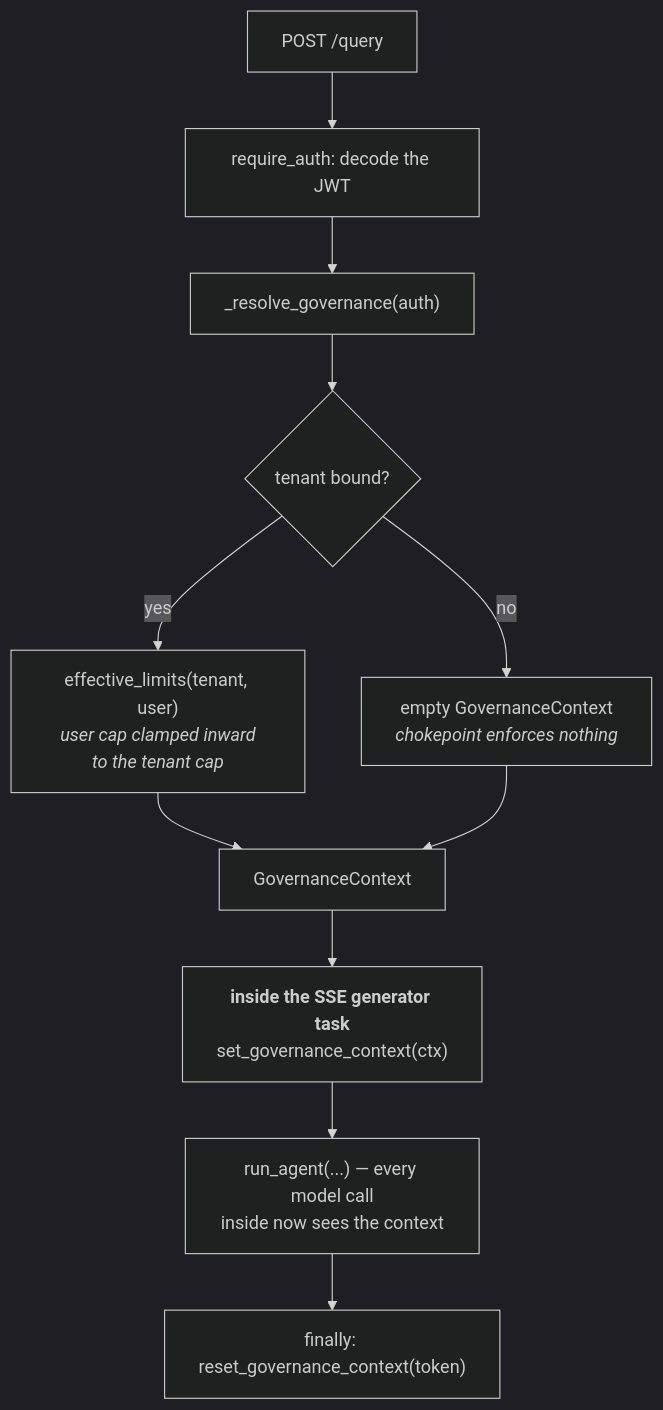
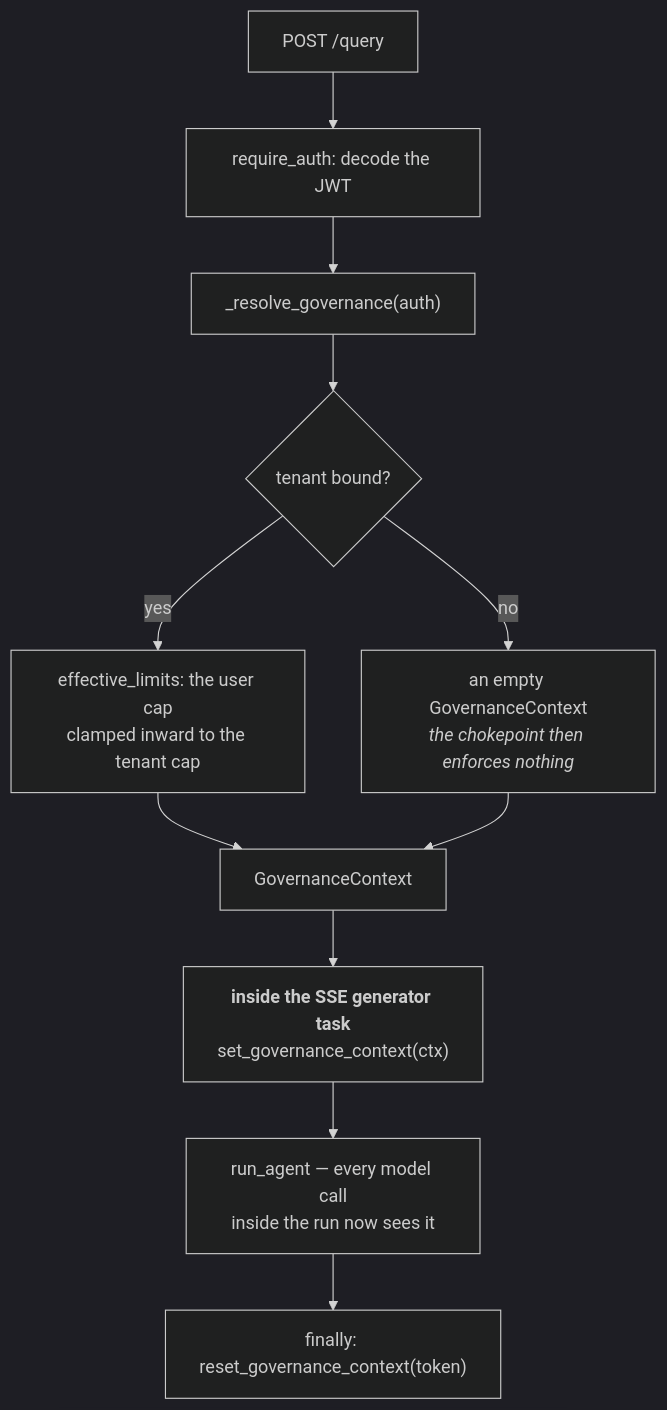
The fifth of 5 diagrams in docs/teaching/gateway/40-diagrams.md (yrevash/aegis), drawn with Mermaid (dark theme) before and after one commit. The commit also changed other lines of this file and 111 other files, not shown here.

````diff
--- a/docs/teaching/gateway/40-diagrams.md
+++ b/docs/teaching/gateway/40-diagrams.md
@@ -248,15 +165,15 @@
 ```mermaid
 flowchart TB
     REQ["POST /query"] --> AUTH["require_auth: decode the JWT"]
     AUTH --> RG["_resolve_governance(auth)"]
     RG --> T{"tenant bound?"}
-    T -->|no| EMPTY["empty GovernanceContext<br/><i>chokepoint enforces nothing</i>"]
-    T -->|yes| LIM["effective_limits(tenant, user)<br/><i>user cap clamped inward<br/>to the tenant cap</i>"]
+    T -->|no| EMPTY["an empty GovernanceContext<br/><i>the chokepoint then enforces nothing</i>"]
+    T -->|yes| LIM["effective_limits: the user cap<br/>clamped inward to the tenant cap"]
 
     LIM --> CTXOBJ["GovernanceContext"]
     EMPTY --> CTXOBJ
 
     CTXOBJ --> GEN["<b>inside the SSE generator task</b><br/>set_governance_context(ctx)"]
-    GEN --> RUN["run_agent(...) — every model call<br/>inside now sees the context"]
+    GEN --> RUN["run_agent — every model call<br/>inside the run now sees it"]
     RUN --> FIN["finally: reset_governance_context(token)"]
 ```
````
